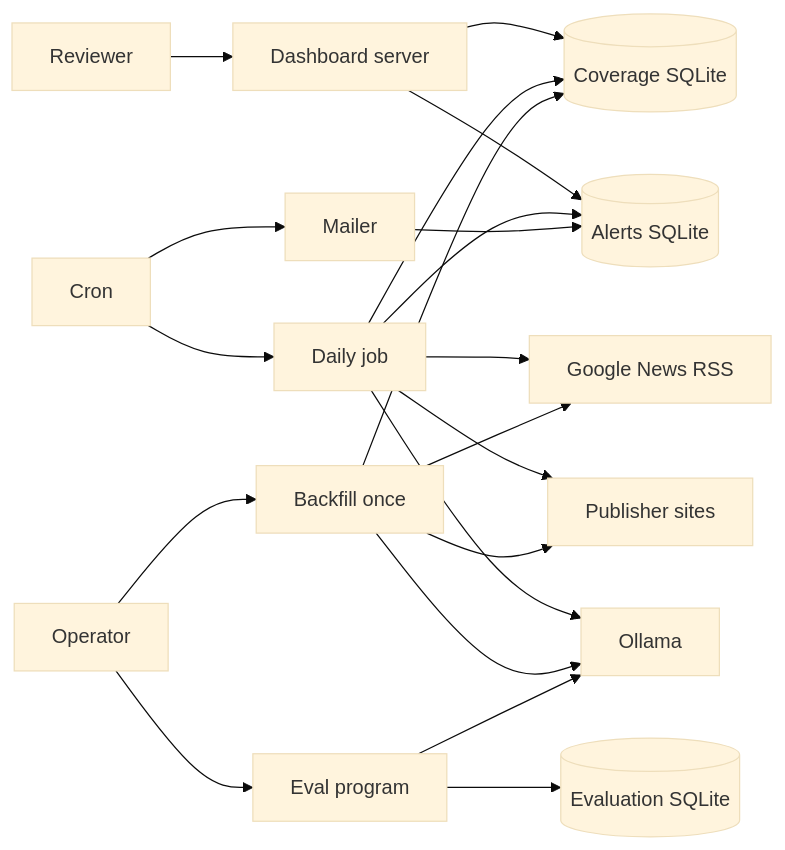
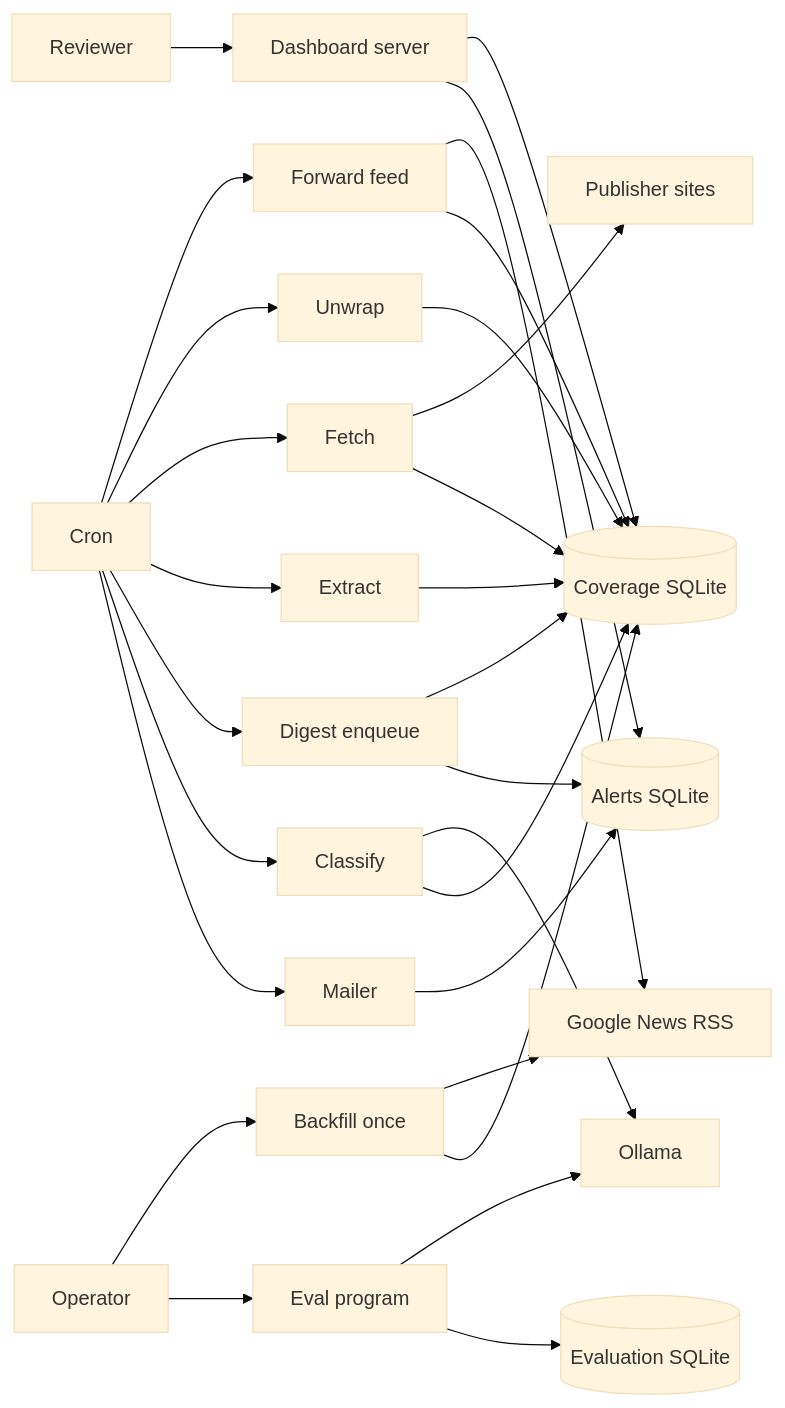
Before and after one commit to itayavtalyon/press-mentions: the first of 8 diagrams in docs/ARCHITECTURE.md, drawn with Mermaid (base theme). The commit also changed other lines of this file and 52 other files, not shown here.

````diff
--- a/docs/ARCHITECTURE.md
+++ b/docs/ARCHITECTURE.md
@@ -7,37 +7,50 @@
 ```mermaid
 flowchart LR
   reviewer[Reviewer]
   cron[Cron]
   operator[Operator]
   server[Dashboard server]
-  daily[Daily job]
+  feed[Forward feed]
+  unwrap[Unwrap]
+  fetch[Fetch]
+  extract[Extract]
+  digest[Digest enqueue]
+  classify[Classify]
   mailer[Mailer]
   backfill[Backfill once]
   eval[Eval program]
   google[Google News RSS]
   publishers[Publisher sites]
   ollama[Ollama]
   coverage[(Coverage SQLite)]
   alerts[(Alerts SQLite)]
   evaluation[(Evaluation SQLite)]
 
   reviewer --> server
-  cron --> daily
+  cron --> feed
+  cron --> unwrap
+  cron --> fetch
+  cron --> extract
+  cron --> digest
+  cron --> classify
   cron --> mailer
   operator --> backfill
   operator --> eval
   server --> coverage
   server --> alerts
-  daily --> google
-  daily --> publishers
-  daily --> ollama
-  daily --> coverage
-  daily --> alerts
+  feed --> google
+  feed --> coverage
+  unwrap --> coverage
+  fetch --> publishers
+  fetch --> coverage
+  extract --> coverage
+  digest --> coverage
+  digest --> alerts
+  classify --> ollama
+  classify --> coverage
   backfill --> google
-  backfill --> publishers
-  backfill --> ollama
   backfill --> coverage
   mailer --> alerts
   eval --> ollama
   eval --> evaluation
 ```
````
